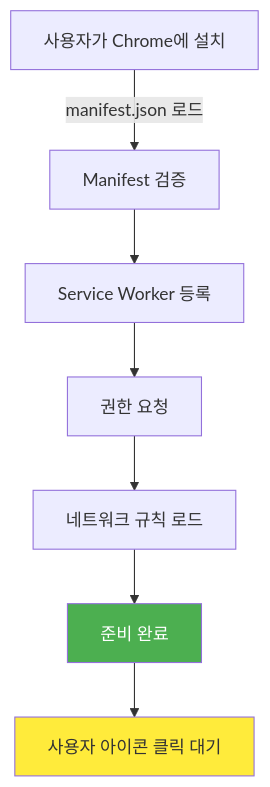
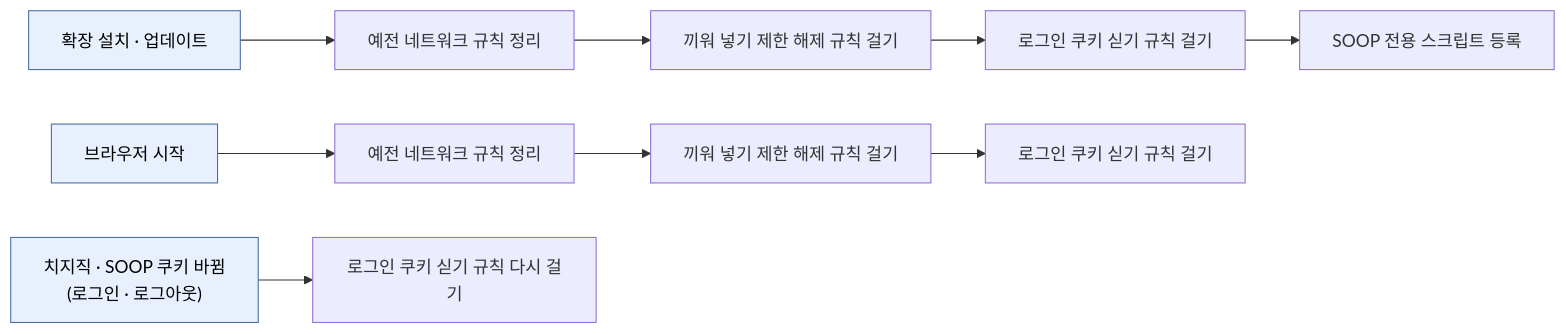
The first of 4 diagrams in document/Process-Viewpoint/Flows-Lifecycle.md (QYnote/ChzzkMultiViewer), drawn with Mermaid before and after one commit. The commit also changed other lines of this file and 14 other files, not shown here.

````diff
--- a/document/Process-Viewpoint/Flows-Lifecycle.md
+++ b/document/Process-Viewpoint/Flows-Lifecycle.md
@@ -14,12 +12,17 @@
 ```mermaid
-graph TD
-    A["사용자가 Chrome에 설치"] -->|manifest.json 로드| B["Manifest 검증"]
-    B --> C["Service Worker 등록"]
-    C --> D["권한 요청"]
-    D --> E["네트워크 규칙 로드"]
-    E --> F["준비 완료"]
-    F --> G["사용자 아이콘 클릭 대기"]
-    
-    style F fill:#4caf50,color:#ffffff
-    style G fill:#ffeb3b,color:#333
+flowchart LR
+  A["확장 설치 · 업데이트"] --> R1["예전 네트워크 규칙 정리"]
+  R1 --> R2["끼워 넣기 제한 해제 규칙 걸기"]
+  R2 --> R3["로그인 쿠키 싣기 규칙 걸기"]
+  R3 --> R4["SOOP 전용 스크립트 등록"]
+
+  B["브라우저 시작"] --> S1["예전 네트워크 규칙 정리"]
+  S1 --> S2["끼워 넣기 제한 해제 규칙 걸기"]
+  S2 --> S3["로그인 쿠키 싣기 규칙 걸기"]
+
+  C["치지직 · SOOP 쿠키 바뀜<br/>(로그인 · 로그아웃)"] --> K["로그인 쿠키 싣기 규칙 다시 걸기"]
+
+  style A fill:#e8f0fe,stroke:#4a6fa5,color:#000
+  style B fill:#e8f0fe,stroke:#4a6fa5,color:#000
+  style C fill:#e8f0fe,stroke:#4a6fa5,color:#000
 ```
````
